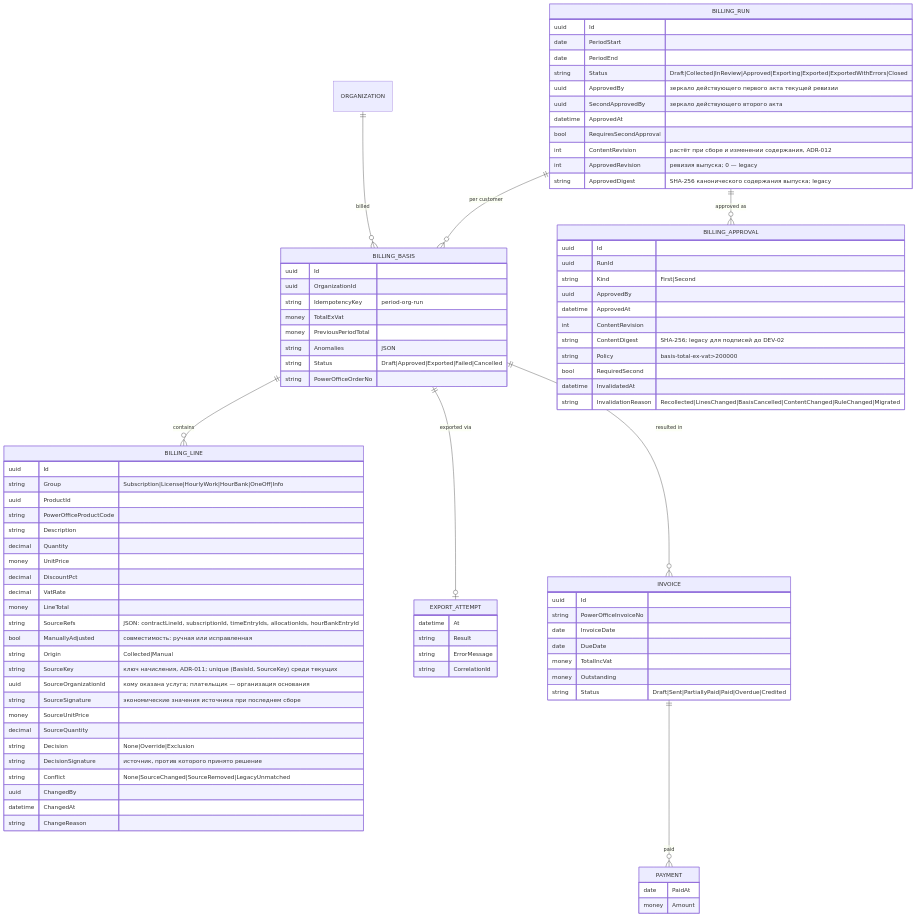
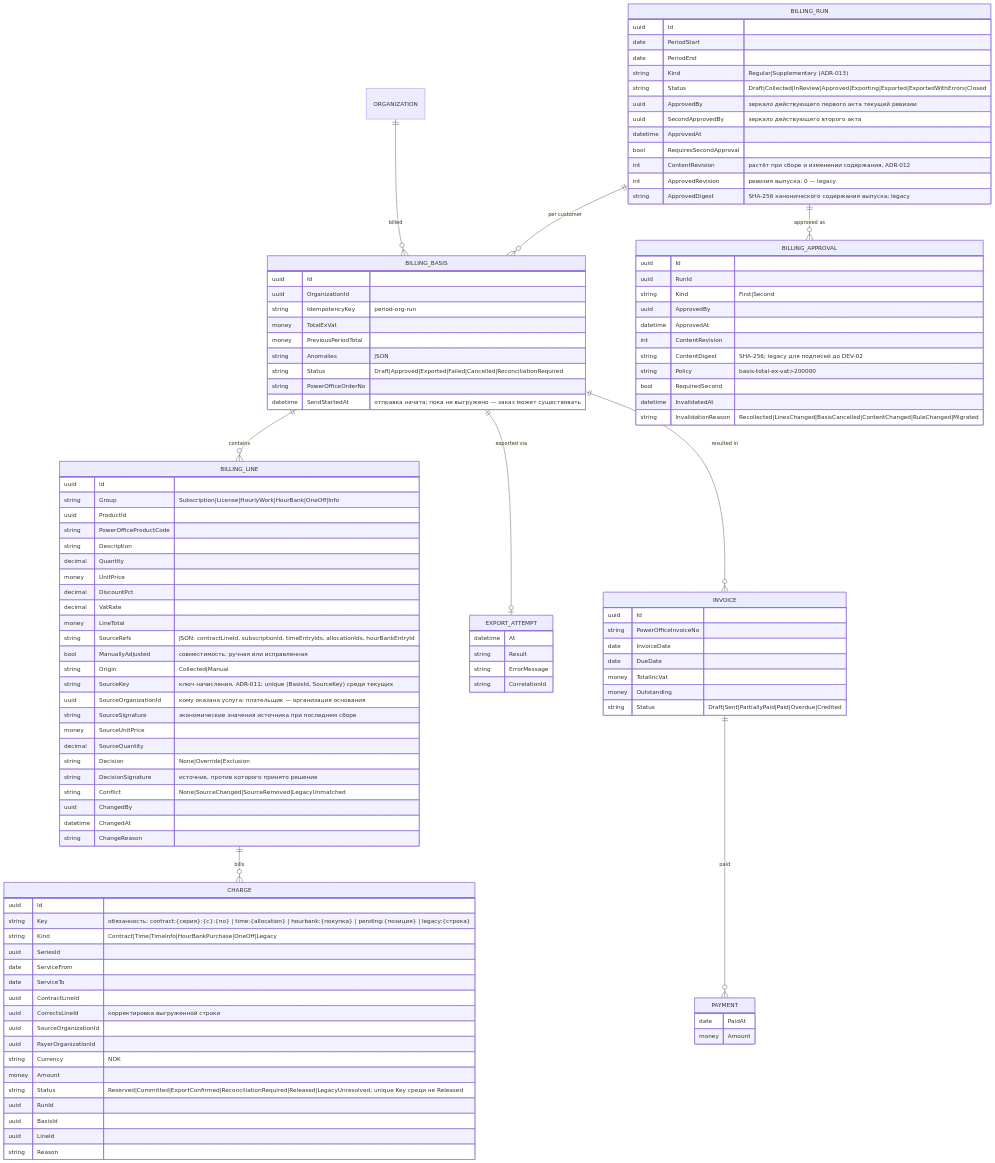
The fourth of 5 diagrams in docs/04-data-model.md (Oleksandr-Kliuiev/parasol), drawn with Mermaid before and after one commit. The commit also changed other lines of this file and 57 other files, not shown here.

First line of the commit message:
DEV-03: charge register across runs, supplementary runs and reconciliation

```diff
--- a/docs/04-data-model.md
+++ b/docs/04-data-model.md
@@ -363,6 +363,7 @@
 erDiagram
   BILLING_RUN ||--o{ BILLING_BASIS : "per customer"
   BILLING_RUN ||--o{ BILLING_APPROVAL : "approved as"
+  BILLING_LINE ||--o{ CHARGE : "bills"
   BILLING_BASIS ||--o{ BILLING_LINE : contains
   BILLING_BASIS ||--o| EXPORT_ATTEMPT : "exported via"
   BILLING_BASIS ||--o{ INVOICE : "resulted in"
@@ -373,6 +374,7 @@
     uuid Id
     date PeriodStart
     date PeriodEnd
+    string Kind "Regular|Supplementary (ADR-013)"
     string Status "Draft|Collected|InReview|Approved|Exporting|Exported|ExportedWithErrors|Closed"
     uuid ApprovedBy "зеркало действующего первого акта текущей ревизии"
     uuid SecondApprovedBy "зеркало действующего второго акта"
@@ -402,8 +404,28 @@
     money TotalExVat
     money PreviousPeriodTotal
     string Anomalies "JSON"
-    string Status "Draft|Approved|Exported|Failed|Cancelled"
+    string Status "Draft|Approved|Exported|Failed|Cancelled|ReconciliationRequired"
     string PowerOfficeOrderNo
+    datetime SendStartedAt "отправка начата; пока не выгружено — заказ может существовать"
+  }
+  CHARGE {
+    uuid Id
+    string Key "обязанность: contract:{серия}:{с}:{по} | time:{allocation} | hourbank:{покупка} | pending:{позиция} | legacy:{строка}"
+    string Kind "Contract|Time|TimeInfo|HourBankPurchase|OneOff|Legacy"
+    uuid SeriesId
+    date ServiceFrom
+    date ServiceTo
+    uuid ContractLineId
+    uuid CorrectsLineId "корректировка выгруженной строки"
+    uuid SourceOrganizationId
+    uuid PayerOrganizationId
+    string Currency "NOK"
+    money Amount
+    string Status "Reserved|Committed|ExportConfirmed|ReconciliationRequired|Released|LegacyUnresolved; unique Key среди не Released"
+    uuid RunId
+    uuid BasisId
+    uuid LineId
+    string Reason
   }
   BILLING_LINE {
     uuid Id
```
